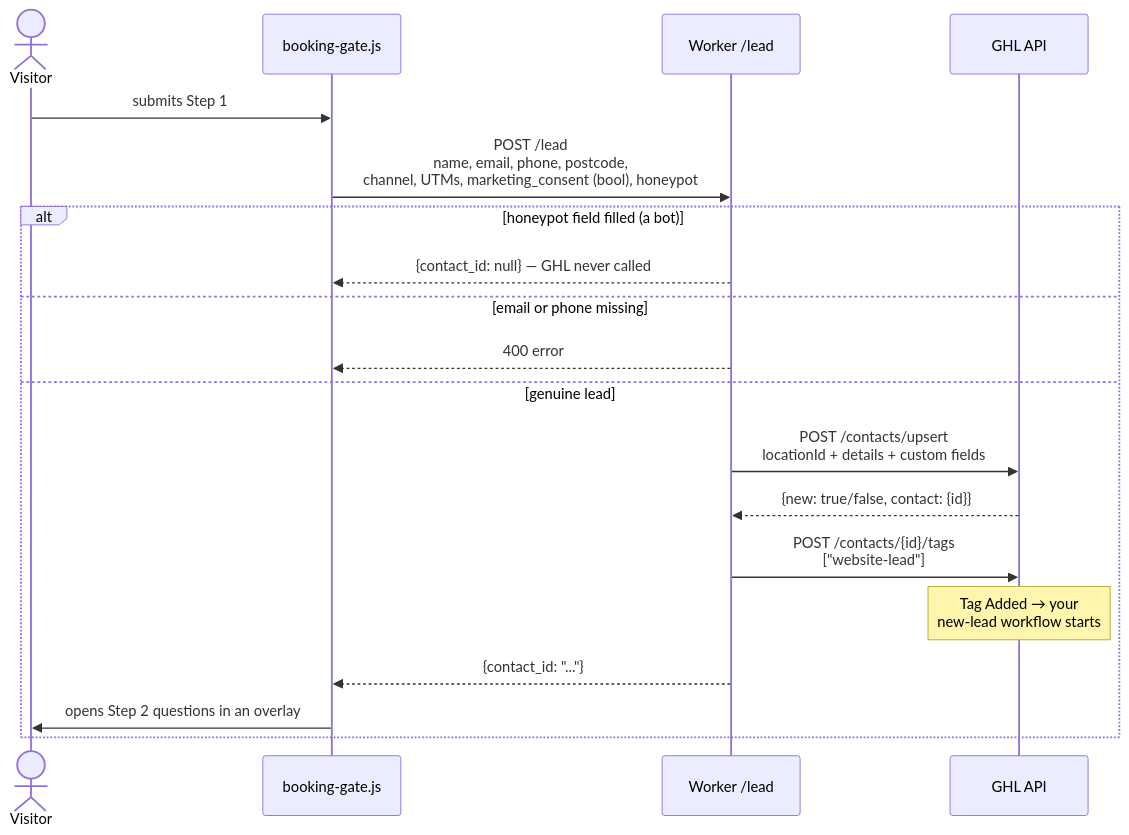
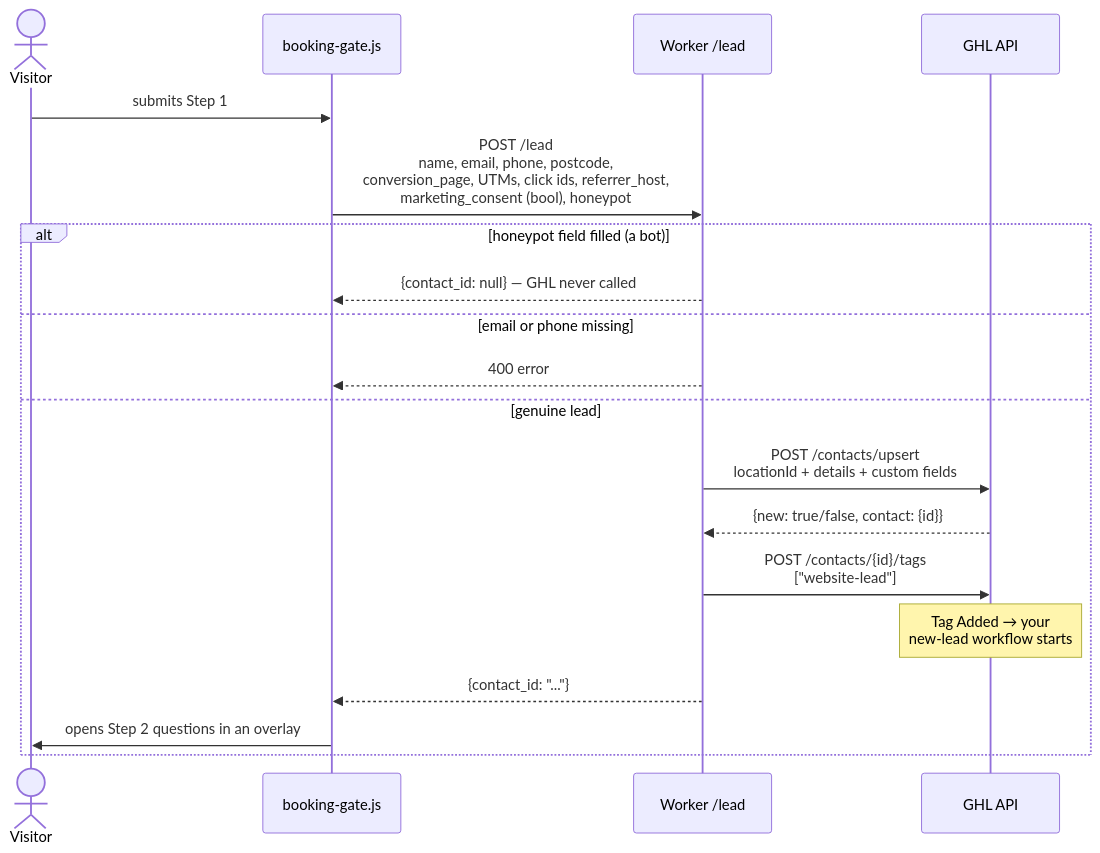
One commit to VantagePointFacilityServices/vpfs-website changed the fourth of 11 diagrams in docs/WORKER.md. Above: the diagram before and after it, drawn with Mermaid. The commit also changed other lines of this file and 58 other files, not shown here.

First line of the commit message:
Track conversion_page + lead_channel; trim footer until pages are reviewed

````diff
--- a/docs/WORKER.md
+++ b/docs/WORKER.md
@@ -247,22 +251,22 @@
 ```mermaid
 sequenceDiagram
     actor V as Visitor
     participant B as booking-gate.js
     participant W as Worker /lead
     participant G as GHL API
 
     V->>B: submits Step 1
-    B->>W: POST /lead<br/>name, email, phone, postcode,<br/>channel, UTMs, marketing_consent (bool), honeypot
+    B->>W: POST /lead<br/>name, email, phone, postcode,<br/>conversion_page, UTMs, click ids, referrer_host,<br/>marketing_consent (bool), honeypot
     alt honeypot field filled (a bot)
         W-->>B: {contact_id: null} — GHL never called
     else email or phone missing
         W-->>B: 400 error
     else genuine lead
         W->>G: POST /contacts/upsert<br/>locationId + details + custom fields
         G-->>W: {new: true/false, contact: {id}}
         W->>G: POST /contacts/{id}/tags<br/>["website-lead"]
         Note over G: Tag Added → your<br/>new-lead workflow starts
         W-->>B: {contact_id: "..."}
         B->>V: opens Step 2 questions in an overlay
     end
 ```
````
